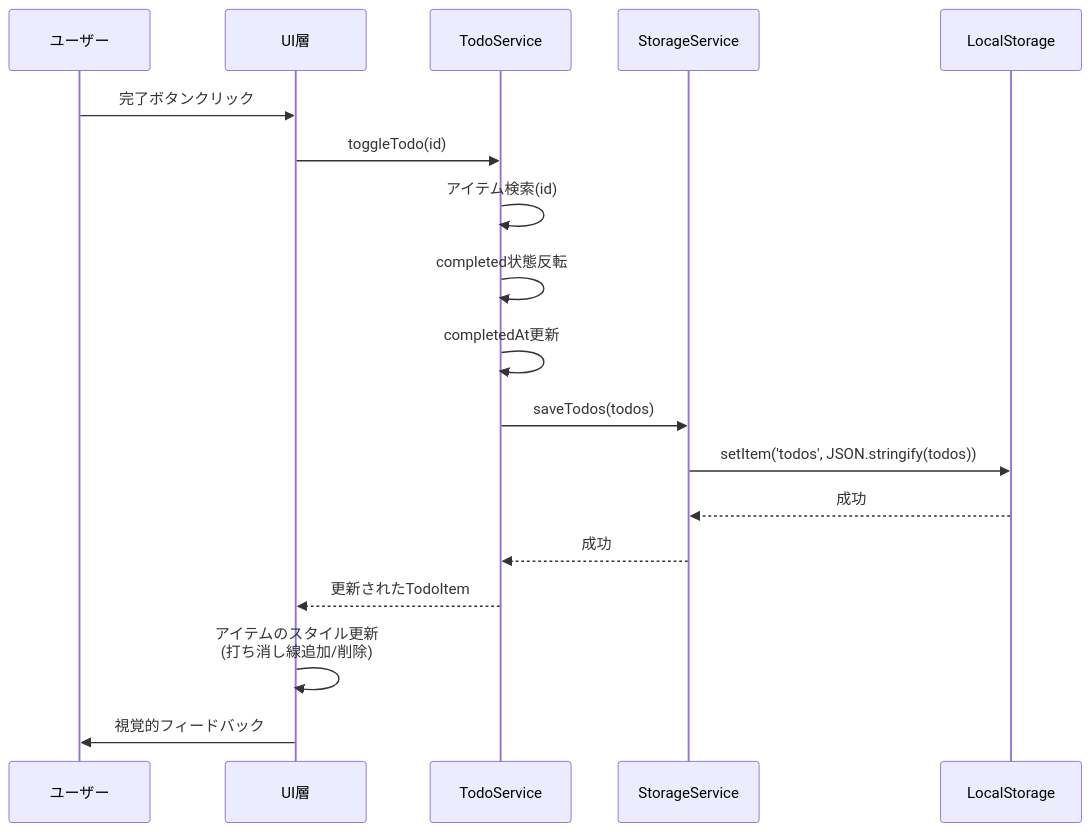
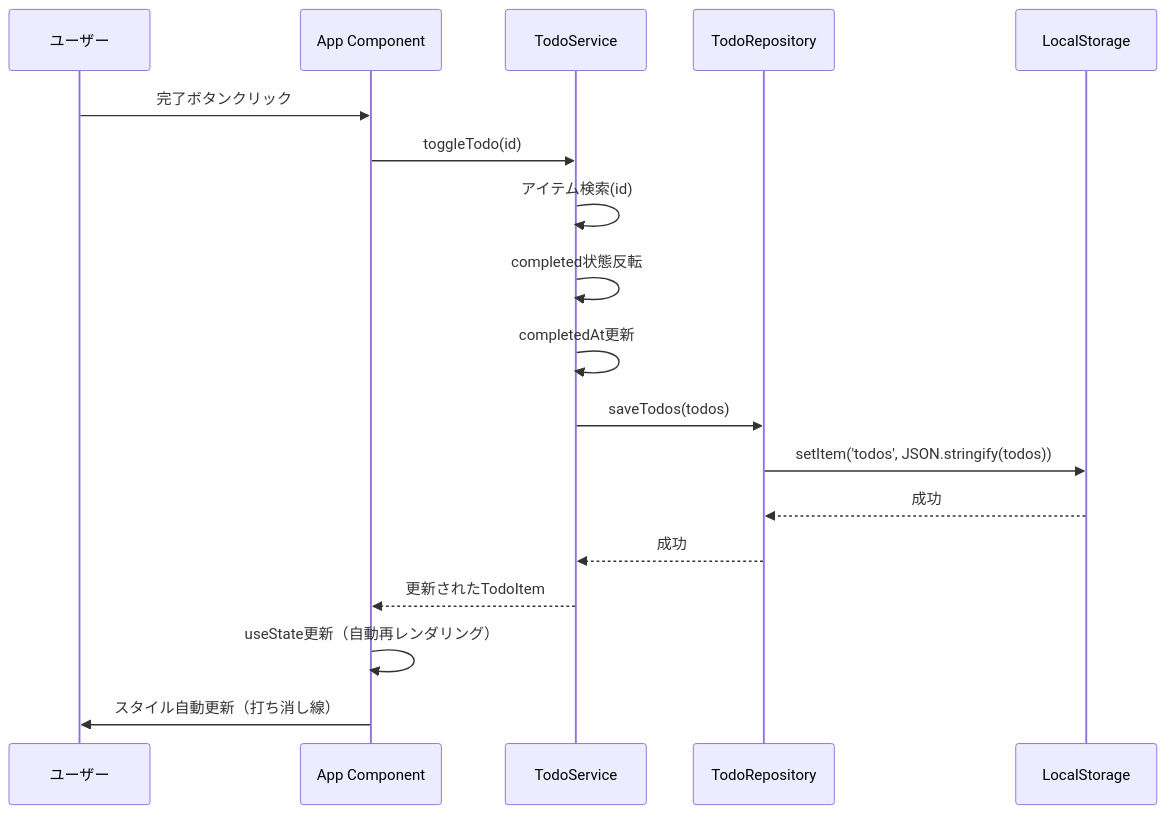
Before and after one commit to spbl-takeya/todo-app-with-cc-sdd: the third of 4 diagrams in .kiro/specs/todo-basic/design.md, drawn with Mermaid. The commit also changed other lines of this file, not shown here.

First line of the commit message:
Update design to React 19 and rename StorageService to TodoRepository

````diff
--- a/.kiro/specs/todo-basic/design.md
+++ b/.kiro/specs/todo-basic/design.md
@@ -183,21 +189,21 @@
 ```mermaid
 sequenceDiagram
     participant User as ユーザー
-    participant UI as UI層
+    participant App as App Component
     participant Service as TodoService
-    participant Storage as StorageService
+    participant Repo as TodoRepository
     participant LS as LocalStorage
 
-    User->>UI: 完了ボタンクリック
-    UI->>Service: toggleTodo(id)
+    User->>App: 完了ボタンクリック
+    App->>Service: toggleTodo(id)
     Service->>Service: アイテム検索(id)
     Service->>Service: completed状態反転
     Service->>Service: completedAt更新
-    Service->>Storage: saveTodos(todos)
-    Storage->>LS: setItem('todos', JSON.stringify(todos))
-    LS-->>Storage: 成功
-    Storage-->>Service: 成功
-    Service-->>UI: 更新されたTodoItem
-    UI->>UI: アイテムのスタイル更新<br/>(打ち消し線追加/削除)
-    UI->>User: 視覚的フィードバック
+    Service->>Repo: saveTodos(todos)
+    Repo->>LS: setItem('todos', JSON.stringify(todos))
+    LS-->>Repo: 成功
+    Repo-->>Service: 成功
+    Service-->>App: 更新されたTodoItem
+    App->>App: useState更新（自動再レンダリング）
+    App->>User: スタイル自動更新（打ち消し線）
 ```
````
